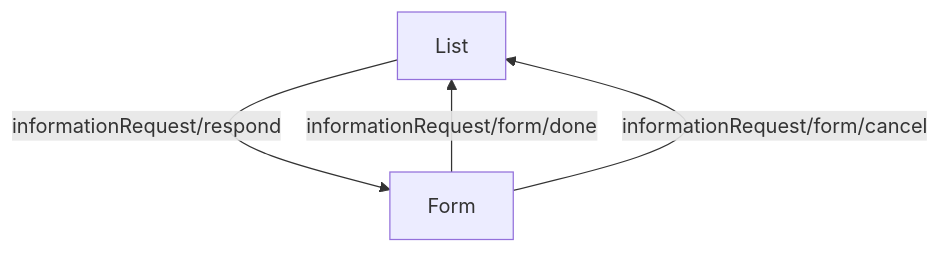
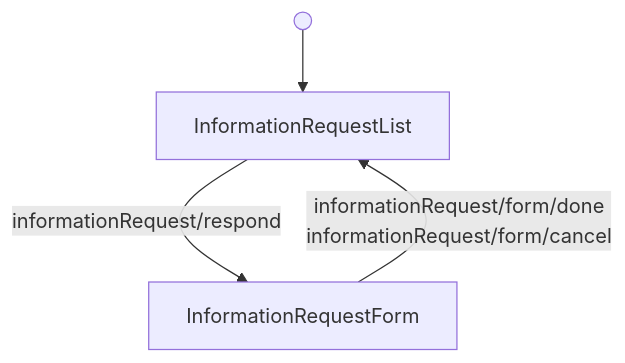
Before and after one commit to Gusto/embedded-react-sdk: the diagram in docs/reference/company/information-requests/information-requests-flow.md, drawn with Mermaid. The commit also changed 1 other file, not shown here.

Commit message:
docs(company): apply diagram convention to information-requests flow
Add start marker; combine the done/cancel return edges into one <br/>-delimited
edge (this-or-that events on a single line). No branch, so no classes.

````diff
--- a/docs/reference/company/information-requests/information-requests-flow.md
+++ b/docs/reference/company/information-requests/information-requests-flow.md
@@ -64,6 +64,6 @@
 ```mermaid
 flowchart
-  List -->|"informationRequest/respond"| Form
-  Form -->|"informationRequest/form/done"| List
-  Form -->|"informationRequest/form/cancel"| List
+  start@{ shape: sm-circ } --> List["InformationRequestList"]
+  List -->|"informationRequest/respond"| Form["InformationRequestForm"]
+  Form -->|"informationRequest/form/done<br/>informationRequest/form/cancel"| List
 ```
````
